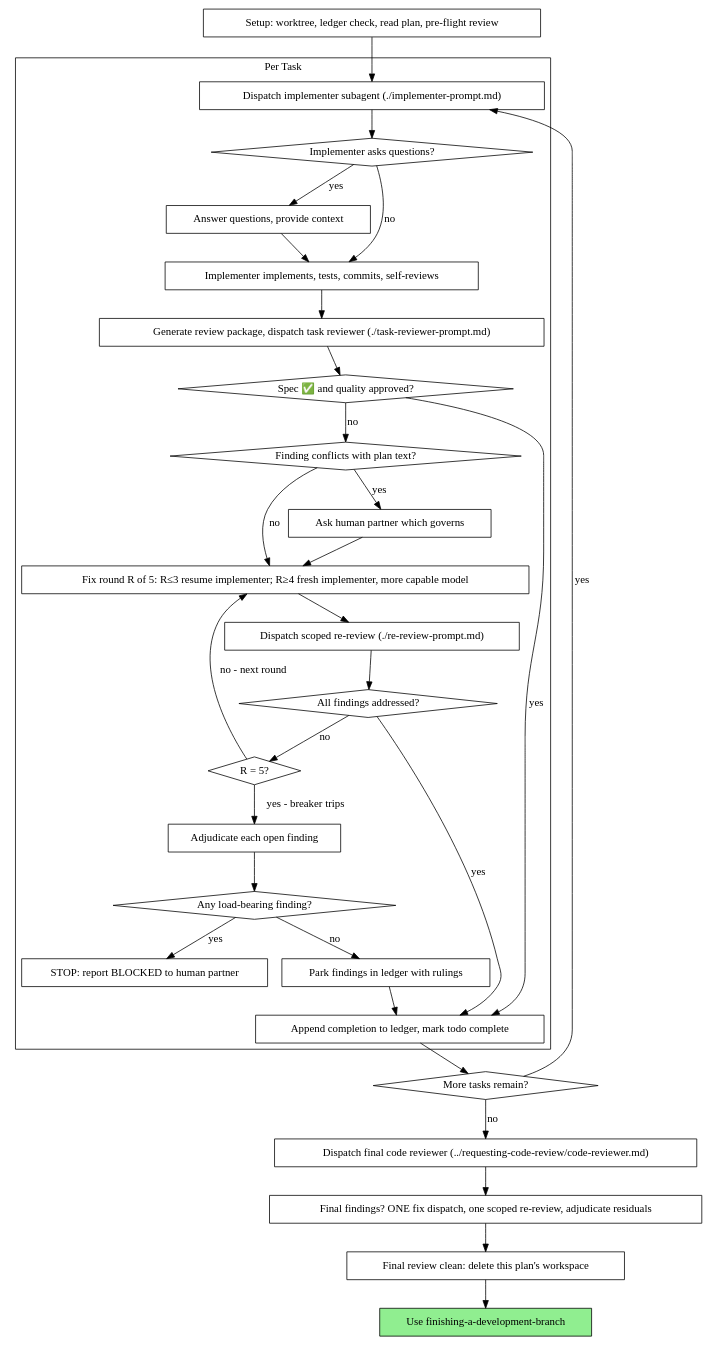
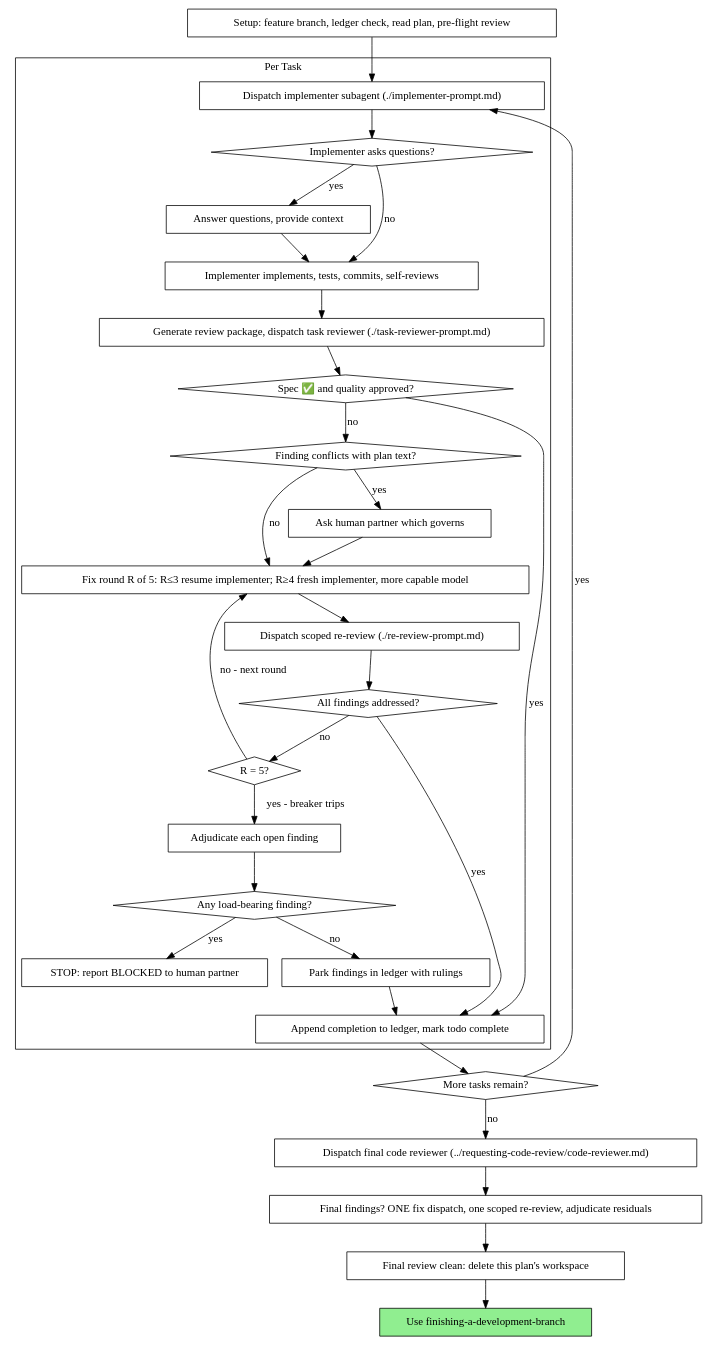
The second of 2 diagrams in skills/subagent-driven-development/SKILL.md (ramuzes/skills), drawn with Graphviz before and after one commit. The commit also changed other lines of this file and 14 other files, not shown here.

First line of the commit message:
refactor(skills): new doc model — docs/{spec,plan}, scratch sdd, opt-in worktree, spec-compliance review

````diff
--- a/skills/subagent-driven-development/SKILL.md
+++ b/skills/subagent-driven-development/SKILL.md
@@ -37,62 +39,62 @@
 ```dot
 digraph process {
     rankdir=TB;
 
     subgraph cluster_per_task {
         label="Per Task";
         "Dispatch implementer subagent (./implementer-prompt.md)" [shape=box];
         "Implementer asks questions?" [shape=diamond];
         "Answer questions, provide context" [shape=box];
         "Implementer implements, tests, commits, self-reviews" [shape=box];
         "Generate review package, dispatch task reviewer (./task-reviewer-prompt.md)" [shape=box];
         "Spec ✅ and quality approved?" [shape=diamond];
         "Finding conflicts with plan text?" [shape=diamond];
         "Ask human partner which governs" [shape=box];
         "Fix round R of 5: R≤3 resume implementer; R≥4 fresh implementer, more capable model" [shape=box];
         "Dispatch scoped re-review (./re-review-prompt.md)" [shape=box];
         "All findings addressed?" [shape=diamond];
         "R = 5?" [shape=diamond];
         "Adjudicate each open finding" [shape=box];
         "Any load-bearing finding?" [shape=diamond];
         "STOP: report BLOCKED to human partner" [shape=box];
         "Park findings in ledger with rulings" [shape=box];
         "Append completion to ledger, mark todo complete" [shape=box];
     }
 
-    "Setup: worktree, ledger check, read plan, pre-flight review" [shape=box];
+    "Setup: feature branch, ledger check, read plan, pre-flight review" [shape=box];
     "More tasks remain?" [shape=diamond];
     "Dispatch final code reviewer (../requesting-code-review/code-reviewer.md)" [shape=box];
     "Final findings? ONE fix dispatch, one scoped re-review, adjudicate residuals" [shape=box];
     "Final review clean: delete this plan's workspace" [shape=box];
     "Use finishing-a-development-branch" [shape=box style=filled fillcolor=lightgreen];
 
-    "Setup: worktree, ledger check, read plan, pre-flight review" -> "Dispatch implementer subagent (./implementer-prompt.md)";
+    "Setup: feature branch, ledger check, read plan, pre-flight review" -> "Dispatch implementer subagent (./implementer-prompt.md)";
     "Dispatch implementer subagent (./implementer-prompt.md)" -> "Implementer asks questions?";
     "Implementer asks questions?" -> "Answer questions, provide context" [label="yes"];
     "Answer questions, provide context" -> "Implementer implements, tests, commits, self-reviews";
     "Implementer asks questions?" -> "Implementer implements, tests, commits, self-reviews" [label="no"];
     "Implementer implements, tests, commits, self-reviews" -> "Generate review package, dispatch task reviewer (./task-reviewer-prompt.md)";
     "Generate review package, dispatch task reviewer (./task-reviewer-prompt.md)" -> "Spec ✅ and quality approved?";
     "Spec ✅ and quality approved?" -> "Append completion to ledger, mark todo complete" [label="yes"];
     "Spec ✅ and quality approved?" -> "Finding conflicts with plan text?" [label="no"];
     "Finding conflicts with plan text?" -> "Ask human partner which governs" [label="yes"];
     "Ask human partner which governs" -> "Fix round R of 5: R≤3 resume implementer; R≥4 fresh implementer, more capable model";
     "Finding conflicts with plan text?" -> "Fix round R of 5: R≤3 resume implementer; R≥4 fresh implementer, more capable model" [label="no"];
     "Fix round R of 5: R≤3 resume implementer; R≥4 fresh implementer, more capable model" -> "Dispatch scoped re-review (./re-review-prompt.md)";
     "Dispatch scoped re-review (./re-review-prompt.md)" -> "All findings addressed?";
     "All findings addressed?" -> "Append completion to ledger, mark todo complete" [label="yes"];
     "All findings addressed?" -> "R = 5?" [label="no"];
     "R = 5?" -> "Fix round R of 5: R≤3 resume implementer; R≥4 fresh implementer, more capable model" [label="no - next round"];
     "R = 5?" -> "Adjudicate each open finding" [label="yes - breaker trips"];
     "Adjudicate each open finding" -> "Any load-bearing finding?";
     "Any load-bearing finding?" -> "STOP: report BLOCKED to human partner" [label="yes"];
     "Any load-bearing finding?" -> "Park findings in ledger with rulings" [label="no"];
     "Park findings in ledger with rulings" -> "Append completion to ledger, mark todo complete";
     "Append completion to ledger, mark todo complete" -> "More tasks remain?";
     "More tasks remain?" -> "Dispatch implementer subagent (./implementer-prompt.md)" [label="yes"];
     "More tasks remain?" -> "Dispatch final code reviewer (../requesting-code-review/code-reviewer.md)" [label="no"];
     "Dispatch final code reviewer (../requesting-code-review/code-reviewer.md)" -> "Final findings? ONE fix dispatch, one scoped re-review, adjudicate residuals";
     "Final findings? ONE fix dispatch, one scoped re-review, adjudicate residuals" -> "Final review clean: delete this plan's workspace";
     "Final review clean: delete this plan's workspace" -> "Use finishing-a-development-branch";
 }
 ```
````
